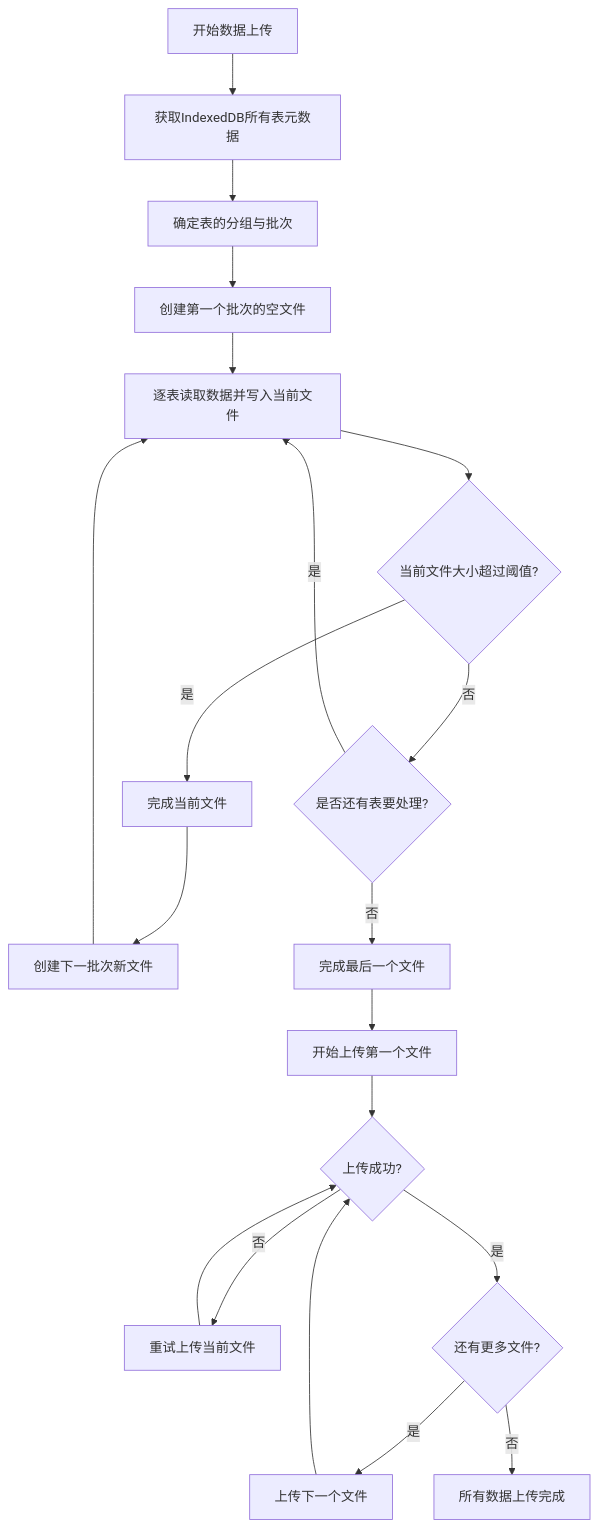
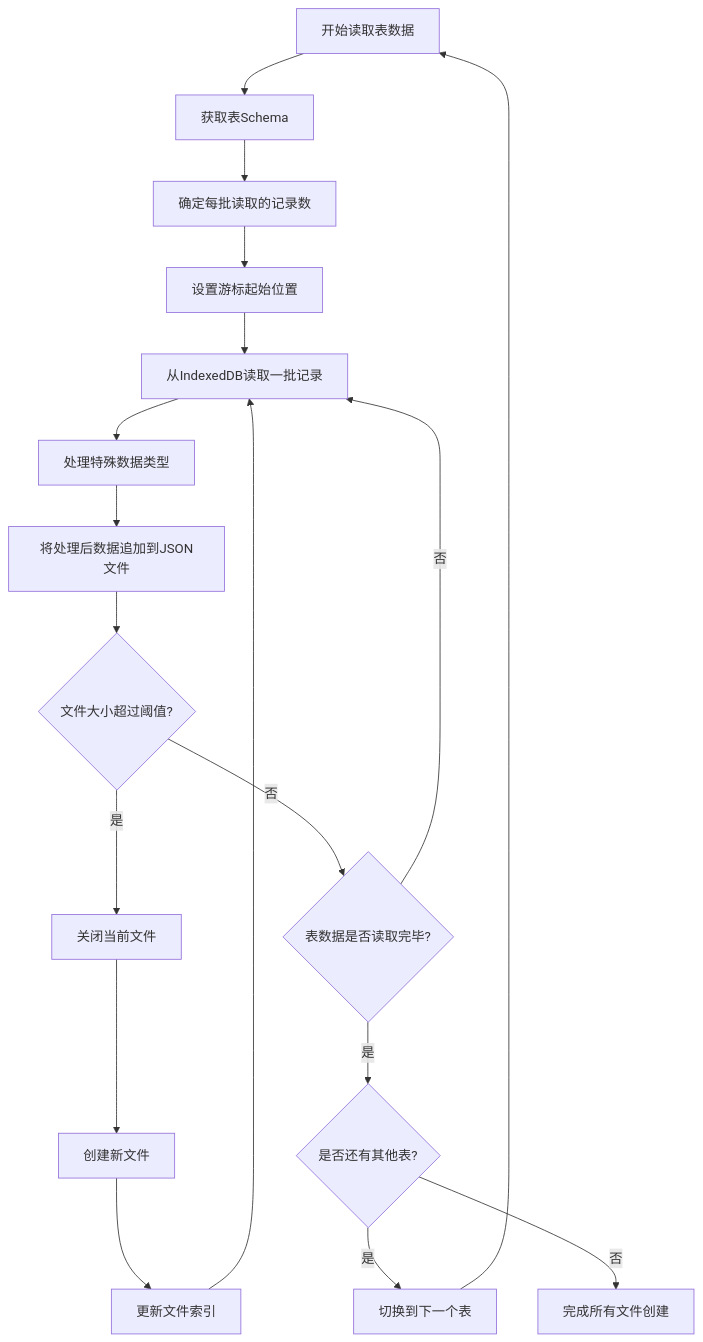
The diagram in all/未命名-59.md (yingjianzh/iodraw-files), drawn with Mermaid before and after one commit.

Commit message:
2025-05-14 16:55:46 update

````diff
--- a/all/未命名-59.md
+++ b/all/未命名-59.md
@@ -1,26 +1,25 @@
 ```mermaid
 flowchart TD
-    A[开始数据上传] --> B[获取IndexedDB所有表元数据]
-    B --> C[确定表的分组与批次]
-    C --> D[创建第一个批次的空文件]
-    D --> E[逐表读取数据并写入当前文件]
+    A[开始读取表数据] --> B[获取表Schema]
+    B --> C[确定每批读取的记录数]
+    C --> D[设置游标起始位置]
     
-    E --> F{当前文件大小超过阈值?}
-    F -->|是| G[完成当前文件]
-    G --> H[创建下一批次新文件]
-    H --> E
+    D --> E[从IndexedDB读取一批记录]
+    E --> F[处理特殊数据类型]
+    F --> G[将处理后数据追加到JSON文件]
     
-    F -->|否| I{是否还有表要处理?}
-    I -->|是| E
-    I -->|否| J[完成最后一个文件]
+    G --> H{文件大小超过阈值?}
+    H -->|是| I[关闭当前文件]
+    I --> J[创建新文件]
+    J --> K[更新文件索引]
+    K --> E
     
-    J --> K[开始上传第一个文件]
-    K --> L{上传成功?}
-    L -->|否| M[重试上传当前文件]
-    M --> L
+    H -->|否| L{表数据是否读取完毕?}
+    L -->|否| E
+    L -->|是| M{是否还有其他表?}
     
-    L -->|是| N{还有更多文件?}
-    N -->|是| O[上传下一个文件]
-    O --> L
-    N -->|否| P[所有数据上传完成]
+    M -->|是| N[切换到下一个表]
+    N --> A
+    
+    M -->|否| O[完成所有文件创建]
 ```
````
